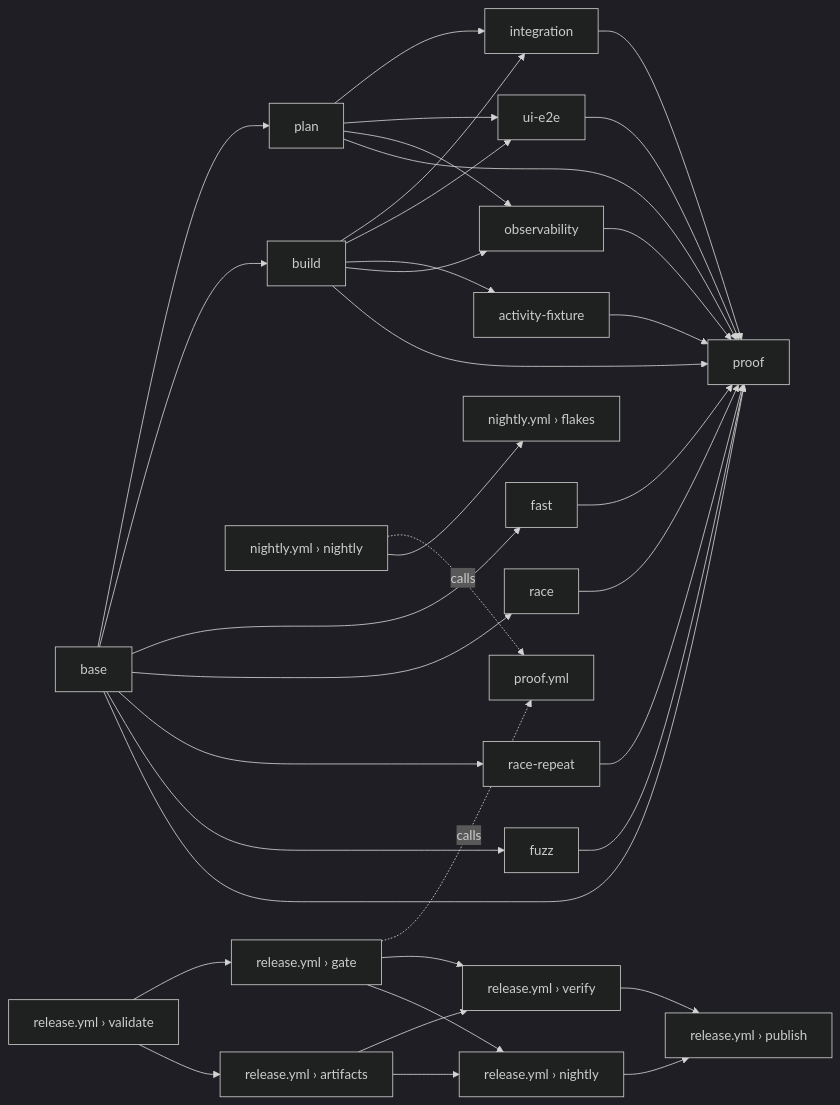
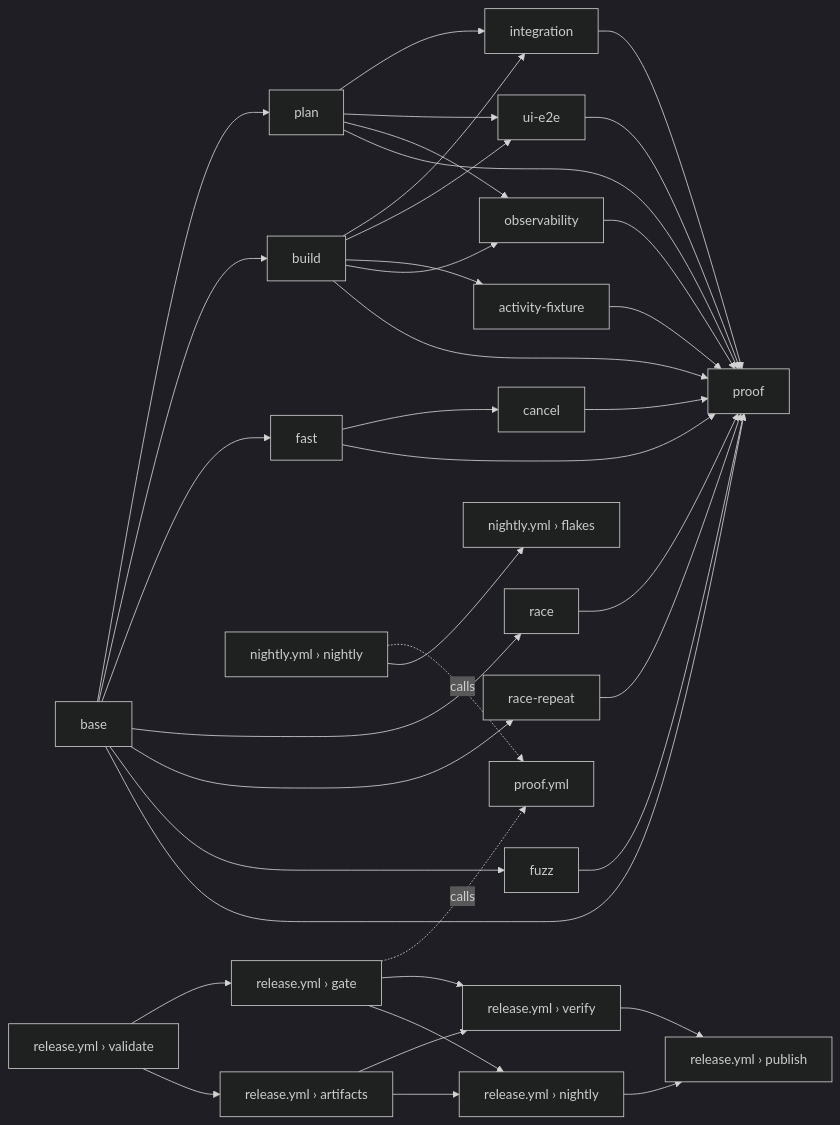
The diagram in docs/PROOFS.md (orkstack/orkstack), drawn with Mermaid (dark theme) before and after one commit. The commit also changed other lines of this file and 8 other files, not shown here.

````diff
--- a/docs/PROOFS.md
+++ b/docs/PROOFS.md
@@ -609,13 +609,14 @@
 ```mermaid
 flowchart LR
   base --> plan & build & fast & race & race_repeat["race-repeat"] & fuzz
+  fast --> cancel
   plan --> integration & ui_e2e["ui-e2e"] & observability
   build --> integration & ui_e2e & activity_fixture["activity-fixture"] & observability
-  base & plan & build & fast & race & race_repeat & fuzz & integration & ui_e2e & activity_fixture & observability --> proof
+  base & plan & build & fast & cancel & race & race_repeat & fuzz & integration & ui_e2e & activity_fixture & observability --> proof
   nightly["nightly.yml › nightly"] -. calls .-> callee["proof.yml"]
   gate["release.yml › gate"] -. calls .-> callee
   validate["release.yml › validate"] --> gate --> verify["release.yml › verify"]
   validate --> artifacts["release.yml › artifacts"] --> verify --> publish["release.yml › publish"]
   gate & artifacts --> release_nightly["release.yml › nightly"] --> publish
   nightly --> flakes["nightly.yml › flakes"]
 ```
````
